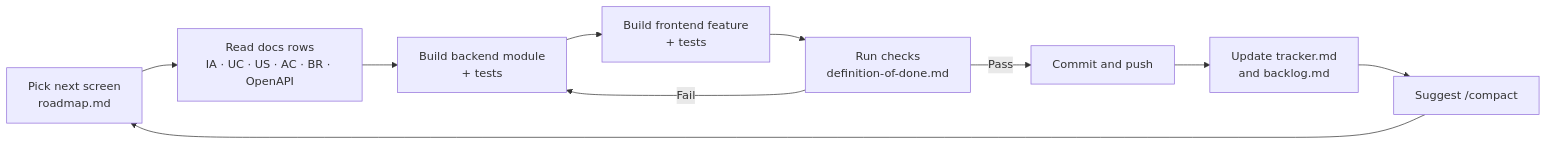
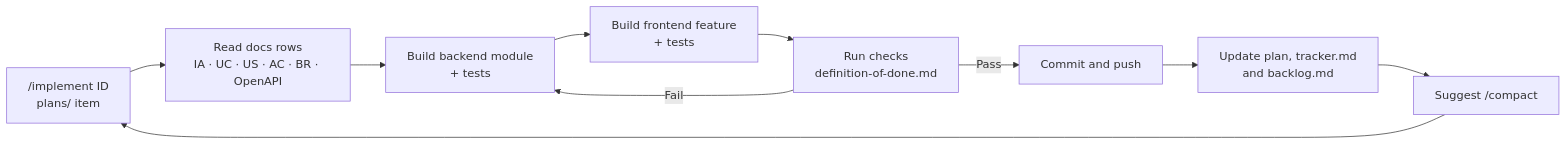
One commit to DuykoNgu/practise changed the diagram in project/README.md. Above: the diagram before and after it, drawn with Mermaid. The commit also changed other lines of this file and 13 other files, not shown here.

First line of the commit message:
Add per-milestone plans with work item IDs and the /implement command

````diff
--- a/project/README.md
+++ b/project/README.md
@@ -28,12 +38,12 @@
 ```mermaid
 flowchart LR
-    A["Pick next screen<br/>roadmap.md"] --> B["Read docs rows<br/>IA · UC · US · AC · BR · OpenAPI"]
+    A["/implement ID<br/>plans/ item"] --> B["Read docs rows<br/>IA · UC · US · AC · BR · OpenAPI"]
     B --> C["Build backend module<br/>+ tests"]
     C --> D["Build frontend feature<br/>+ tests"]
     D --> E["Run checks<br/>definition-of-done.md"]
     E -->|Fail| C
     E -->|Pass| F["Commit and push"]
-    F --> G["Update tracker.md<br/>and backlog.md"]
+    F --> G["Update plan, tracker.md<br/>and backlog.md"]
     G --> H["Suggest /compact"]
     H --> A
 ```
````
